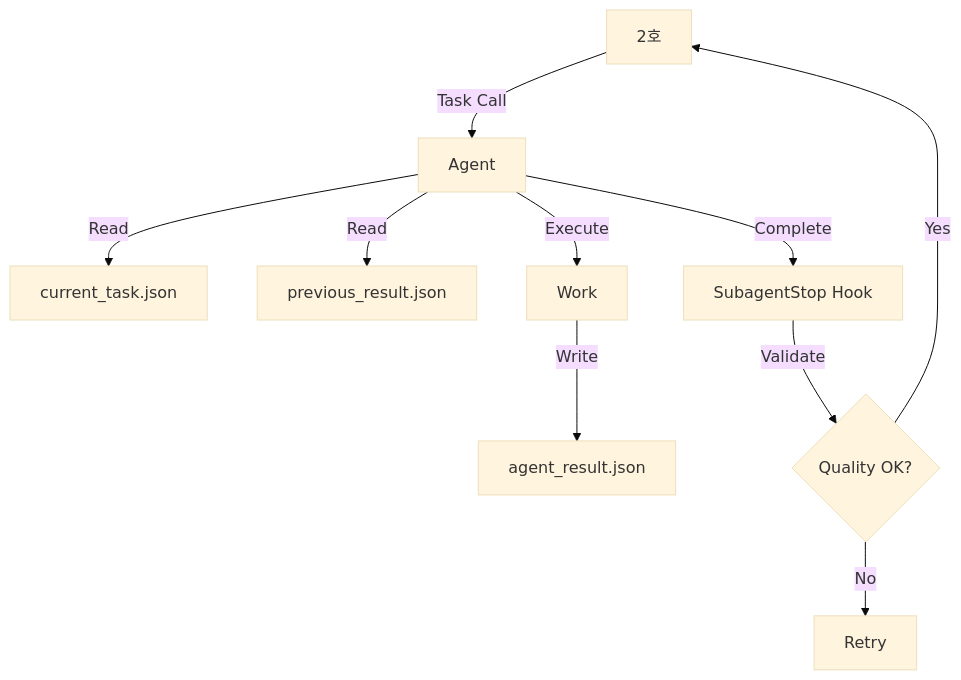
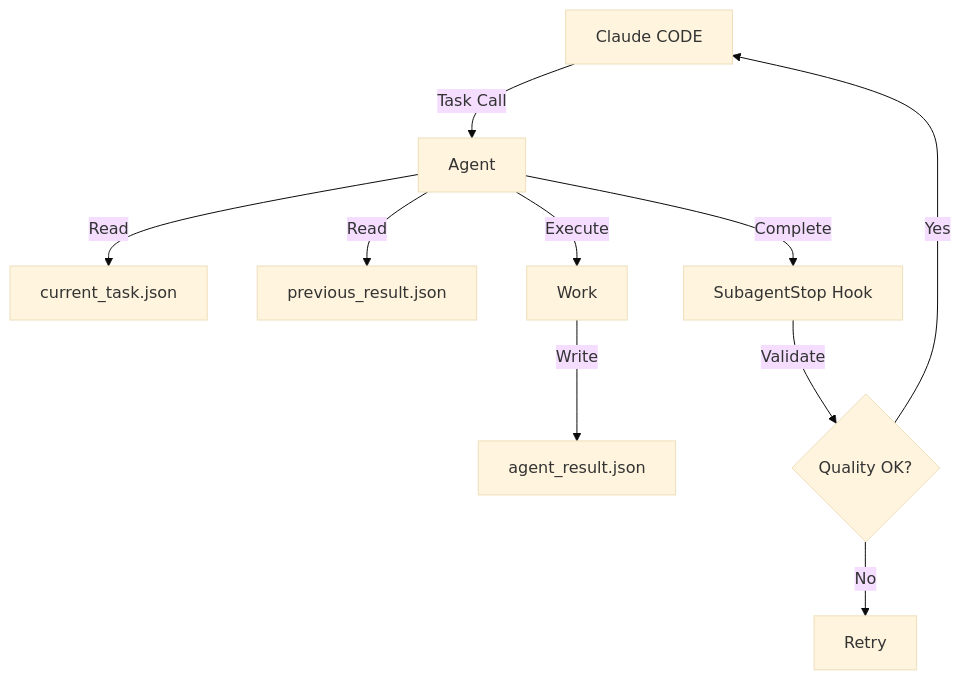
One commit to Jaesun23/spark-claude changed the third of 3 diagrams in docs/SPARK_INTEGRATED_ARCHITECTURE.md. Above: the diagram before and after it, drawn with Mermaid (base theme). The commit also changed other lines of this file and 6 other files, not shown here.

````diff
--- a/docs/SPARK_INTEGRATED_ARCHITECTURE.md
+++ b/docs/SPARK_INTEGRATED_ARCHITECTURE.md
@@ -72,12 +72,12 @@
 ```mermaid
 graph TD
-    O[2호] -->|Task Call| A[Agent]
+    O[Claude CODE] -->|Task Call| A[Agent]
     A -->|Read| J1[current_task.json]
     A -->|Read| J2[previous_result.json]
     A -->|Execute| W[Work]
     W -->|Write| J3[agent_result.json]
     A -->|Complete| S[SubagentStop Hook]
     S -->|Validate| Q{Quality OK?}
     Q -->|Yes| O
     Q -->|No| R[Retry]
 ```
````
